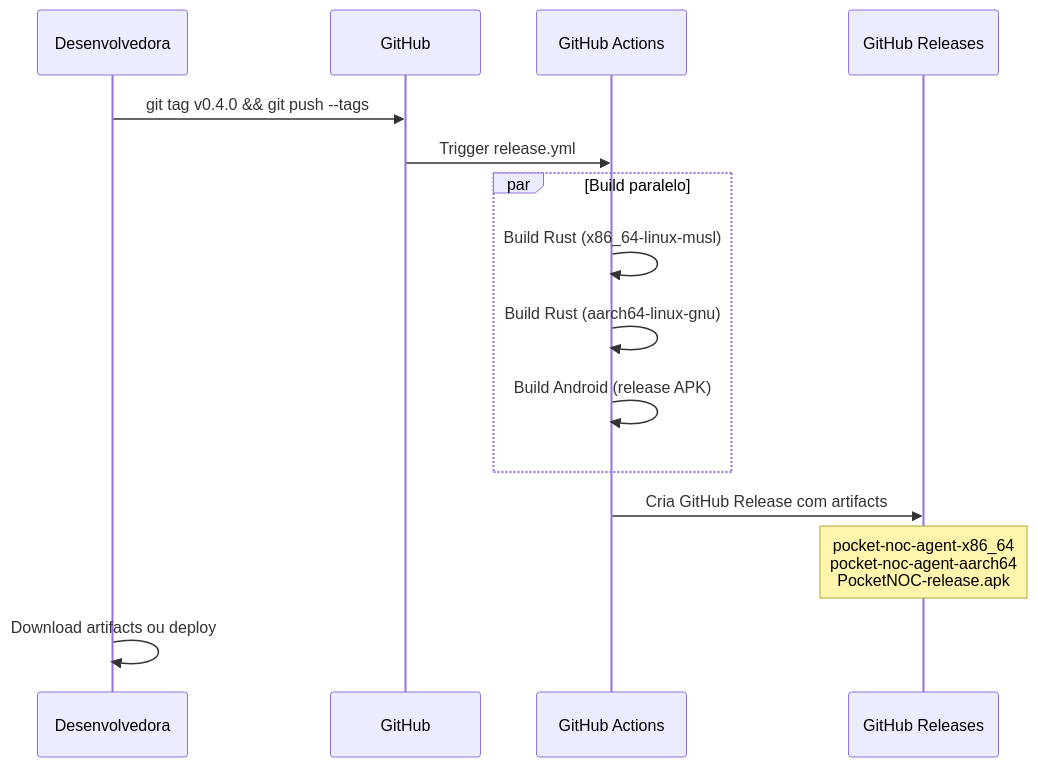
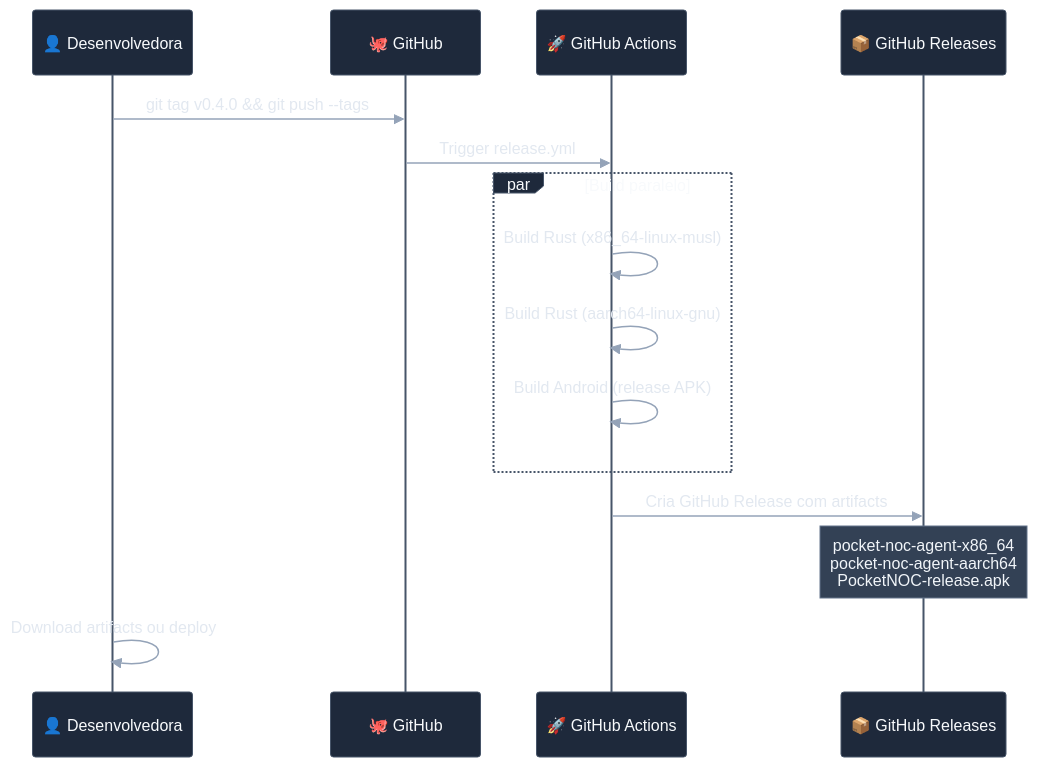
Before and after one commit to Munique-Feitoza/server-controller: the fifth of 8 diagrams in docs/DEPLOYMENT.md, drawn with Mermaid. The commit also changed other lines of this file and 8 other files, not shown here.

First line of the commit message:
docs: aplicar tema visual consistente nos diagramas mermaid

````diff
--- a/docs/DEPLOYMENT.md
+++ b/docs/DEPLOYMENT.md
@@ -156,21 +229,22 @@
 ```mermaid
+%%{init: { "theme": "base", "themeVariables": { "fontFamily": "Inter, sans-serif", "primaryColor": "#1e293b", "primaryTextColor": "#f8fafc", "primaryBorderColor": "#334155", "actorBkg": "#1e293b", "actorBorder": "#475569", "actorTextColor": "#f8fafc", "signalColor": "#94a3b8", "signalTextColor": "#e2e8f0", "noteBkgColor": "#334155", "noteTextColor": "#f1f5f9", "noteBorderColor": "#64748b" } }}%%
 sequenceDiagram
-    participant Dev as Desenvolvedora
-    participant Git as GitHub
-    participant CI as GitHub Actions
-    participant Release as GitHub Releases
+    participant Dev as 👤 Desenvolvedora
+    participant Git as 🐙 GitHub
+    participant CI as 🚀 GitHub Actions
+    participant Release as 📦 GitHub Releases
 
     Dev->>Git: git tag v0.4.0 && git push --tags
     Git->>CI: Trigger release.yml
 
     par Build paralelo
         CI->>CI: Build Rust (x86_64-linux-musl)
         CI->>CI: Build Rust (aarch64-linux-gnu)
         CI->>CI: Build Android (release APK)
     end
 
     CI->>Release: Cria GitHub Release com artifacts
     Note over Release: pocket-noc-agent-x86_64<br/>pocket-noc-agent-aarch64<br/>PocketNOC-release.apk
 
     Dev->>Dev: Download artifacts ou deploy
 ```
````
